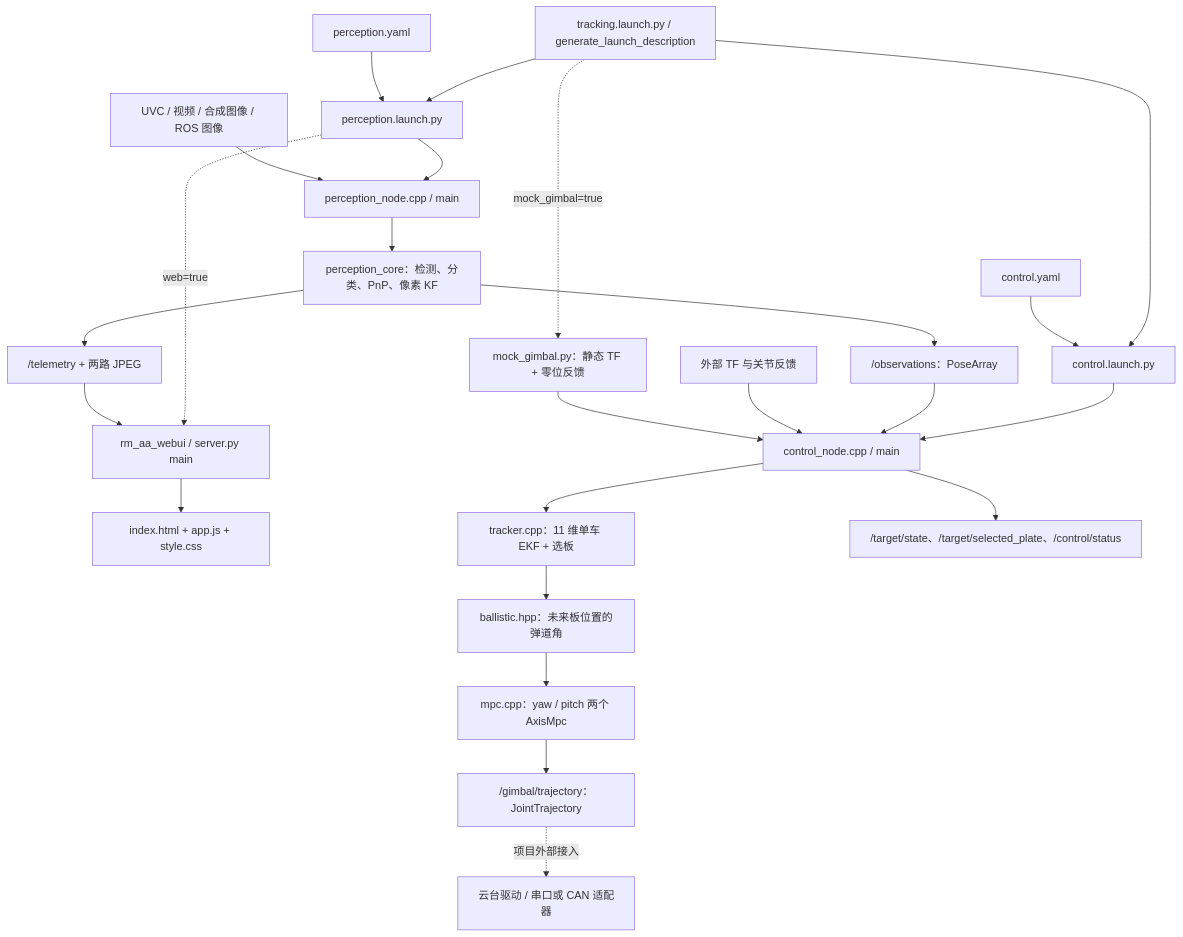
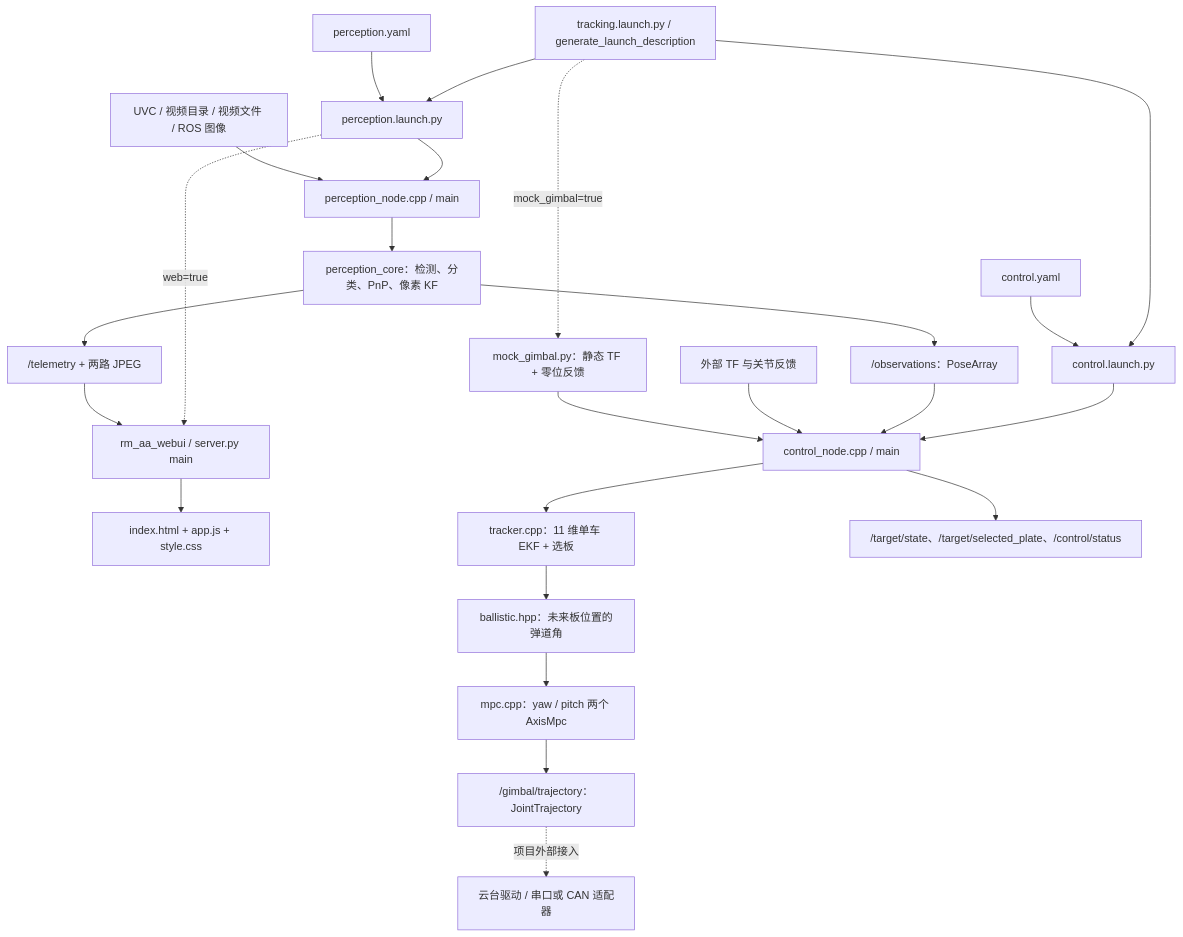
One commit to KrazyKavier123/RM_AA_TEST changed the first of 13 diagrams in docs/current_pipeline_analysis.md. Above: the diagram before and after it, drawn with Mermaid. The commit also changed other lines of this file and 13 other files, not shown here.

````diff
--- a/docs/current_pipeline_analysis.md
+++ b/docs/current_pipeline_analysis.md
@@ -20,25 +20,25 @@
 ```mermaid
 flowchart TB
   Launch["tracking.launch.py / generate_launch_description"] --> PL["perception.launch.py"]
   Launch --> CL["control.launch.py"]
   Launch -. "mock_gimbal=true" .-> Mock["mock_gimbal.py：静态 TF + 零位反馈"]
   PC["perception.yaml"] --> PL
   CC["control.yaml"] --> CL
   PL --> PN["perception_node.cpp / main"]
   PL -. "web=true" .-> Web["rm_aa_webui / server.py main"]
-  Camera["UVC / 视频 / 合成图像 / ROS 图像"] --> PN
+  Camera["UVC / 视频目录 / 视频文件 / ROS 图像"] --> PN
   PN --> Core["perception_core：检测、分类、PnP、像素 KF"]
   Core --> Obs["/observations：PoseArray"]
   Core --> Debug["/telemetry + 两路 JPEG"]
   Debug --> Web --> Browser["index.html + app.js + style.css"]
   CL --> CN["control_node.cpp / main"]
   Obs --> CN
   TF["外部 TF 与关节反馈"] --> CN
   Mock --> CN
   CN --> EKF["tracker.cpp：11 维单车 EKF + 选板"]
   EKF --> Aim["ballistic.hpp：未来板位置的弹道角"]
   Aim --> MPC["mpc.cpp：yaw / pitch 两个 AxisMpc"]
   MPC --> Out["/gimbal/trajectory：JointTrajectory"]
   Out -. "项目外部接入" .-> Driver["云台驱动 / 串口或 CAN 适配器"]
   CN --> Diagnostics["/target/state、/target/selected_plate、/control/status"]
 ```
````
